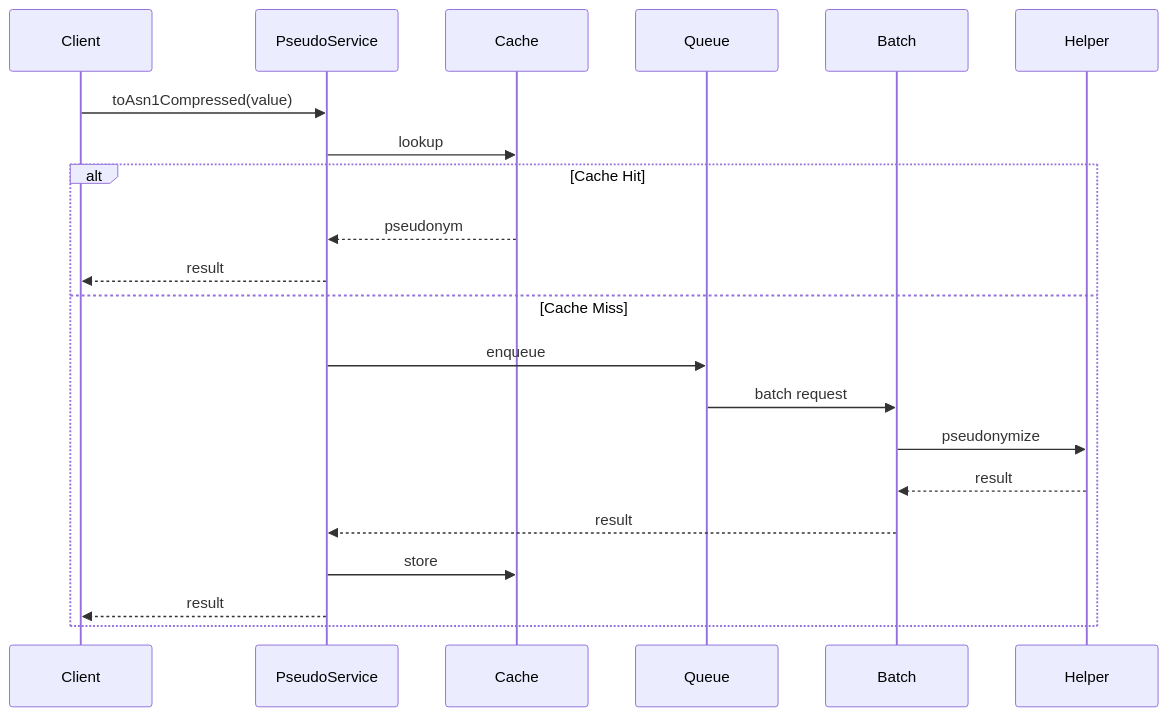
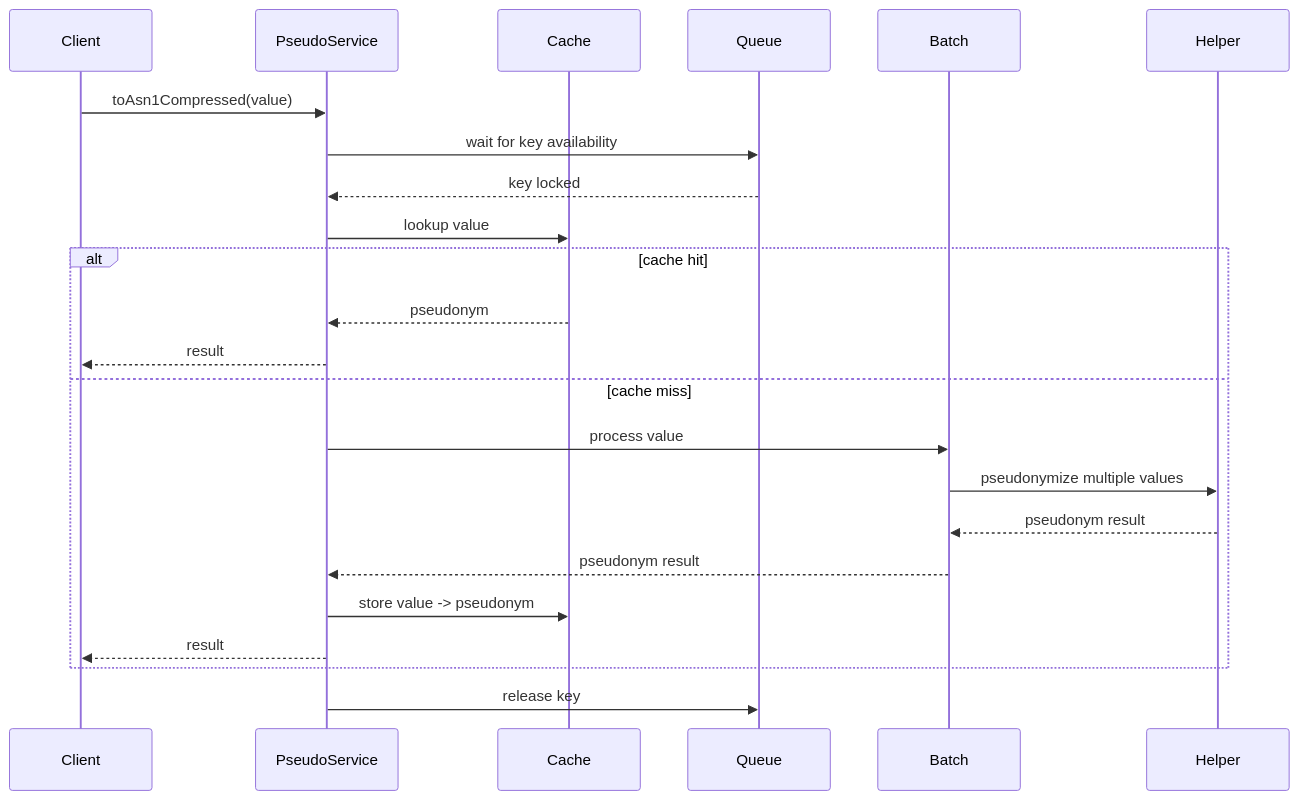
One commit to smals-belgium/shared-pseudo-tools-js changed the third of 4 diagrams in ARCHITECTURE.MD. Above: the diagram before and after it, drawn with Mermaid. The commit also changed other lines of this file and 12 other files, not shown here.

````diff
--- a/ARCHITECTURE.MD
+++ b/ARCHITECTURE.MD
@@ -304,27 +162,28 @@
 ```mermaid
 sequenceDiagram
+    participant Client
+    participant PseudoService
+    participant Cache
+    participant Queue
+    participant Batch
+    participant Helper
 
-participant Client
-participant PseudoService
-participant Cache
-participant Queue
-participant Batch
-participant Helper
+    Client->>PseudoService: toAsn1Compressed(value)
+    PseudoService->>Queue: wait for key availability
+    Queue-->>PseudoService: key locked
+    PseudoService->>Cache: lookup value
 
-Client->>PseudoService: toAsn1Compressed(value)
+    alt cache hit
+        Cache-->>PseudoService: pseudonym
+        PseudoService-->>Client: result
+    else cache miss
+        PseudoService->>Batch: process value
+        Batch->>Helper: pseudonymize multiple values
+        Helper-->>Batch: pseudonym result
+        Batch-->>PseudoService: pseudonym result
+        PseudoService->>Cache: store value -> pseudonym
+        PseudoService-->>Client: result
+    end
 
-PseudoService->>Cache: lookup
-
-alt Cache Hit
-    Cache-->>PseudoService: pseudonym
-    PseudoService-->>Client: result
-else Cache Miss
-    PseudoService->>Queue: enqueue
-    Queue->>Batch: batch request
-    Batch->>Helper: pseudonymize
-    Helper-->>Batch: result
-    Batch-->>PseudoService: result
-    PseudoService->>Cache: store
-    PseudoService-->>Client: result
-end
+    PseudoService->>Queue: release key
 ```
````
